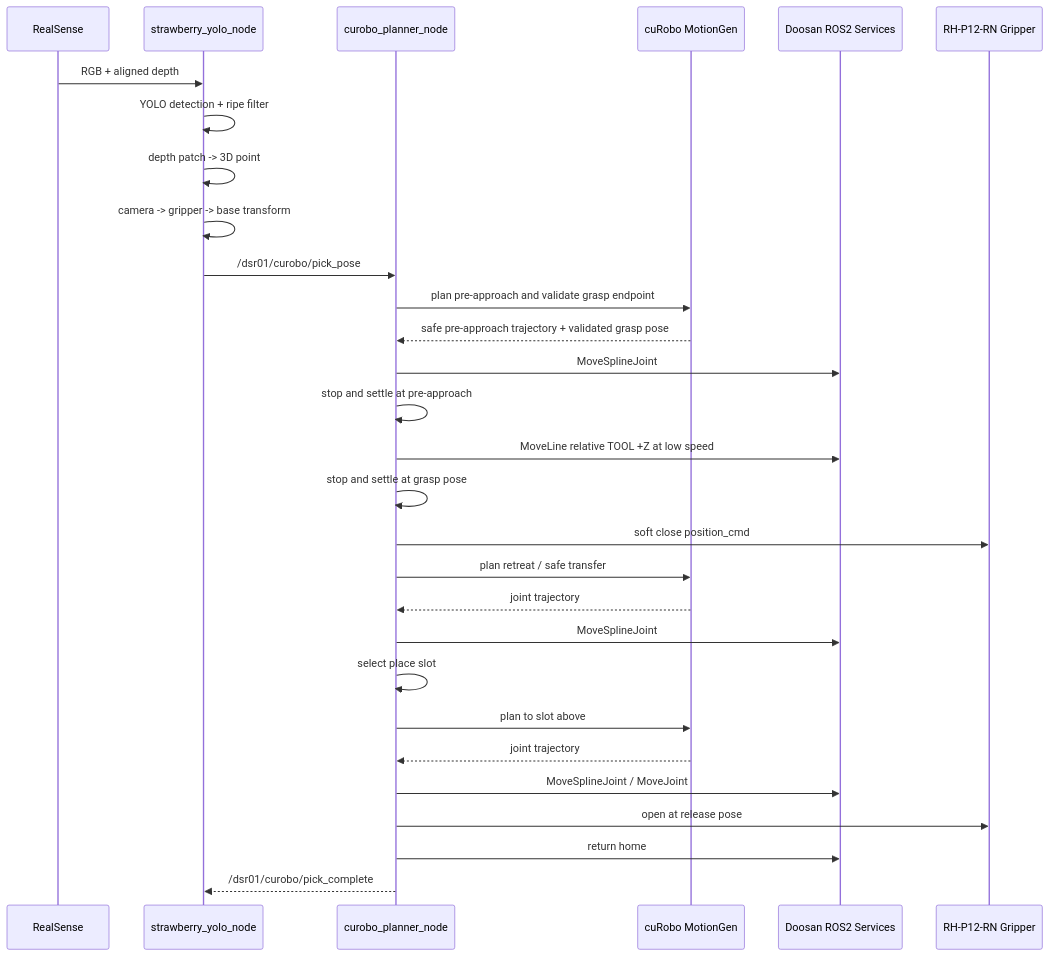
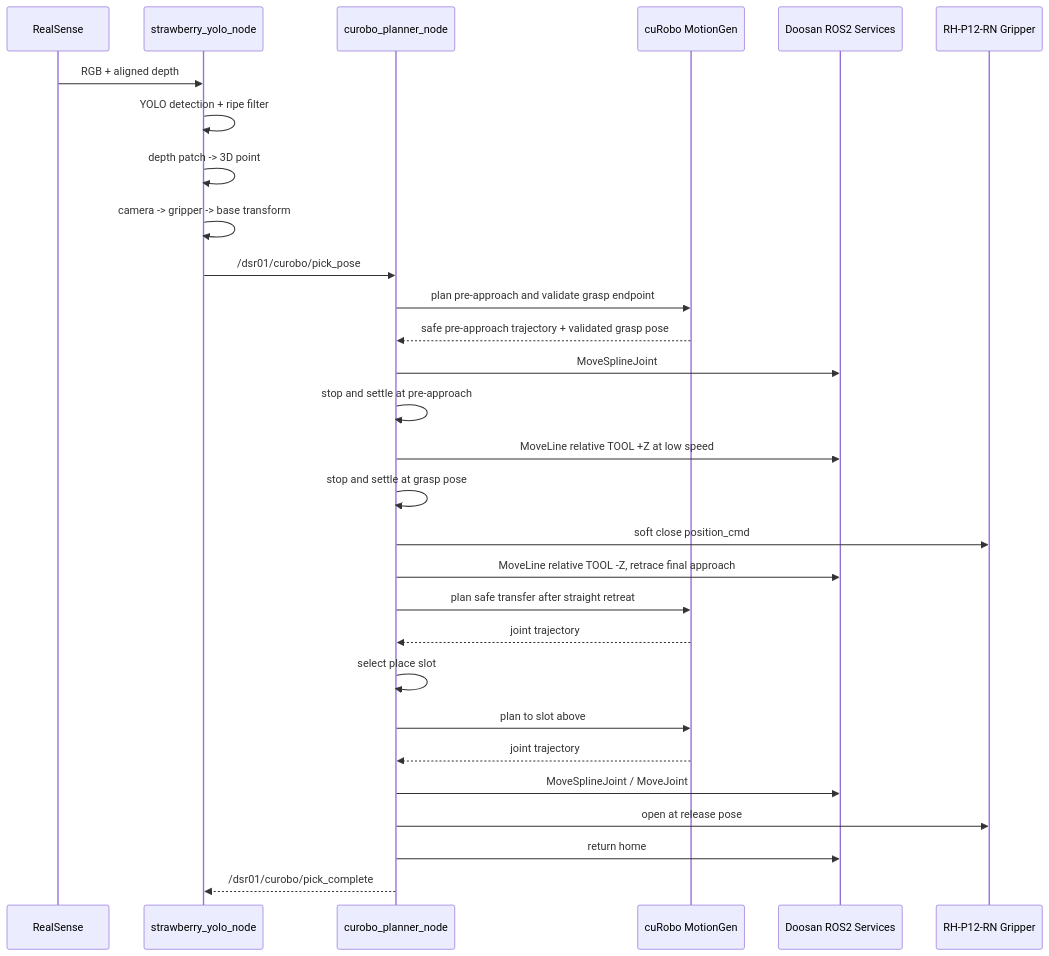
Before and after one commit to djdoss1234/strawberry_miniproject: the second of 2 diagrams in docs/system_architecture.md, drawn with Mermaid. The commit also changed other lines of this file and 3 other files, not shown here.

Commit message:
fix: retrace straight grasp path during retreat

````diff
--- a/docs/system_architecture.md
+++ b/docs/system_architecture.md
@@ -84,36 +84,36 @@
 ```mermaid
 sequenceDiagram
     participant Camera as RealSense
     participant Vision as strawberry_yolo_node
     participant Planner as curobo_planner_node
     participant CuRobo as cuRobo MotionGen
     participant Doosan as Doosan ROS2 Services
     participant Gripper as RH-P12-RN Gripper
 
     Camera->>Vision: RGB + aligned depth
     Vision->>Vision: YOLO detection + ripe filter
     Vision->>Vision: depth patch -> 3D point
     Vision->>Vision: camera -> gripper -> base transform
     Vision->>Planner: /dsr01/curobo/pick_pose
 
     Planner->>CuRobo: plan pre-approach and validate grasp endpoint
     CuRobo-->>Planner: safe pre-approach trajectory + validated grasp pose
     Planner->>Doosan: MoveSplineJoint
 
     Planner->>Planner: stop and settle at pre-approach
     Planner->>Doosan: MoveLine relative TOOL +Z at low speed
     Planner->>Planner: stop and settle at grasp pose
     Planner->>Gripper: soft close position_cmd
 
-    Planner->>CuRobo: plan retreat / safe transfer
+    Planner->>Doosan: MoveLine relative TOOL -Z, retrace final approach
+    Planner->>CuRobo: plan safe transfer after straight retreat
     CuRobo-->>Planner: joint trajectory
-    Planner->>Doosan: MoveSplineJoint
 
     Planner->>Planner: select place slot
     Planner->>CuRobo: plan to slot above
     CuRobo-->>Planner: joint trajectory
     Planner->>Doosan: MoveSplineJoint / MoveJoint
     Planner->>Gripper: open at release pose
     Planner->>Doosan: return home
     Planner-->>Vision: /dsr01/curobo/pick_complete
 ```
````
